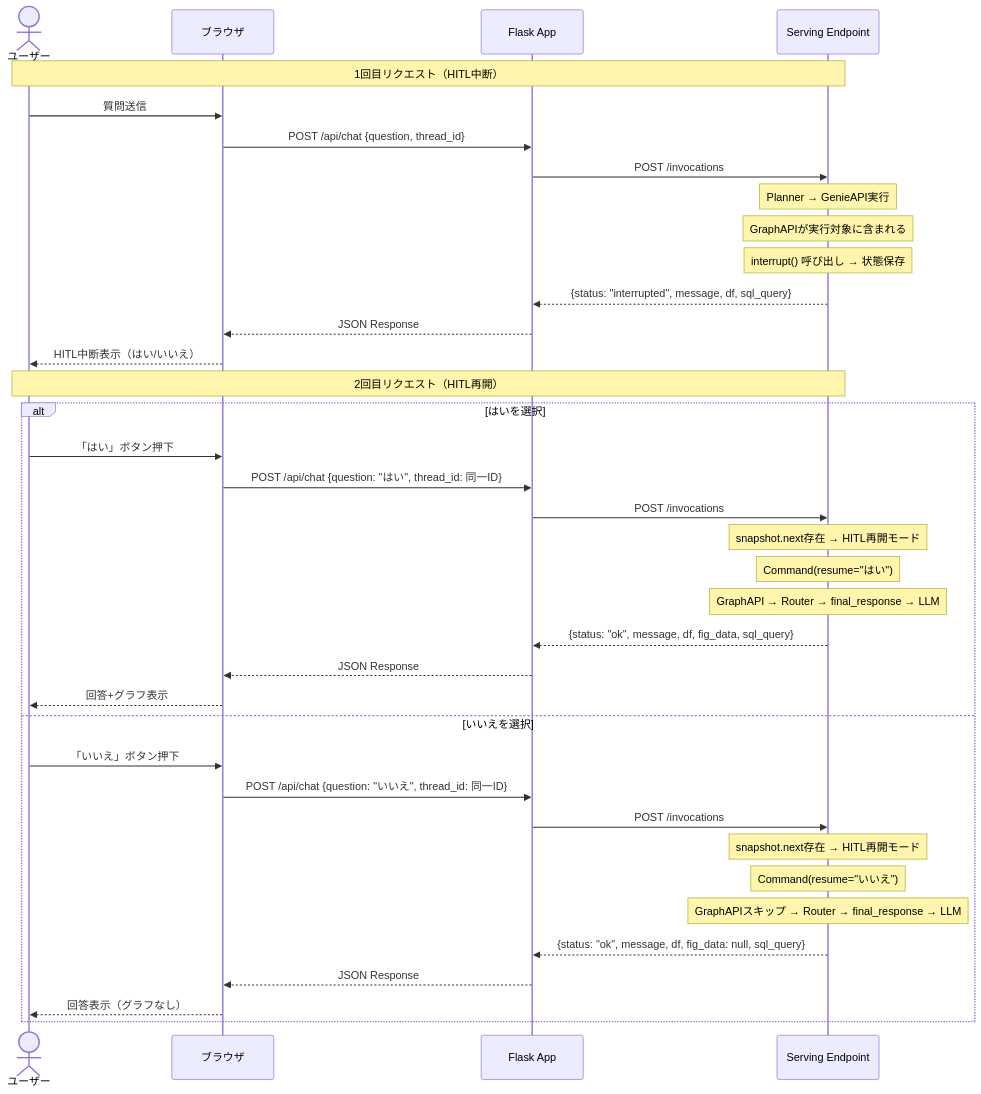
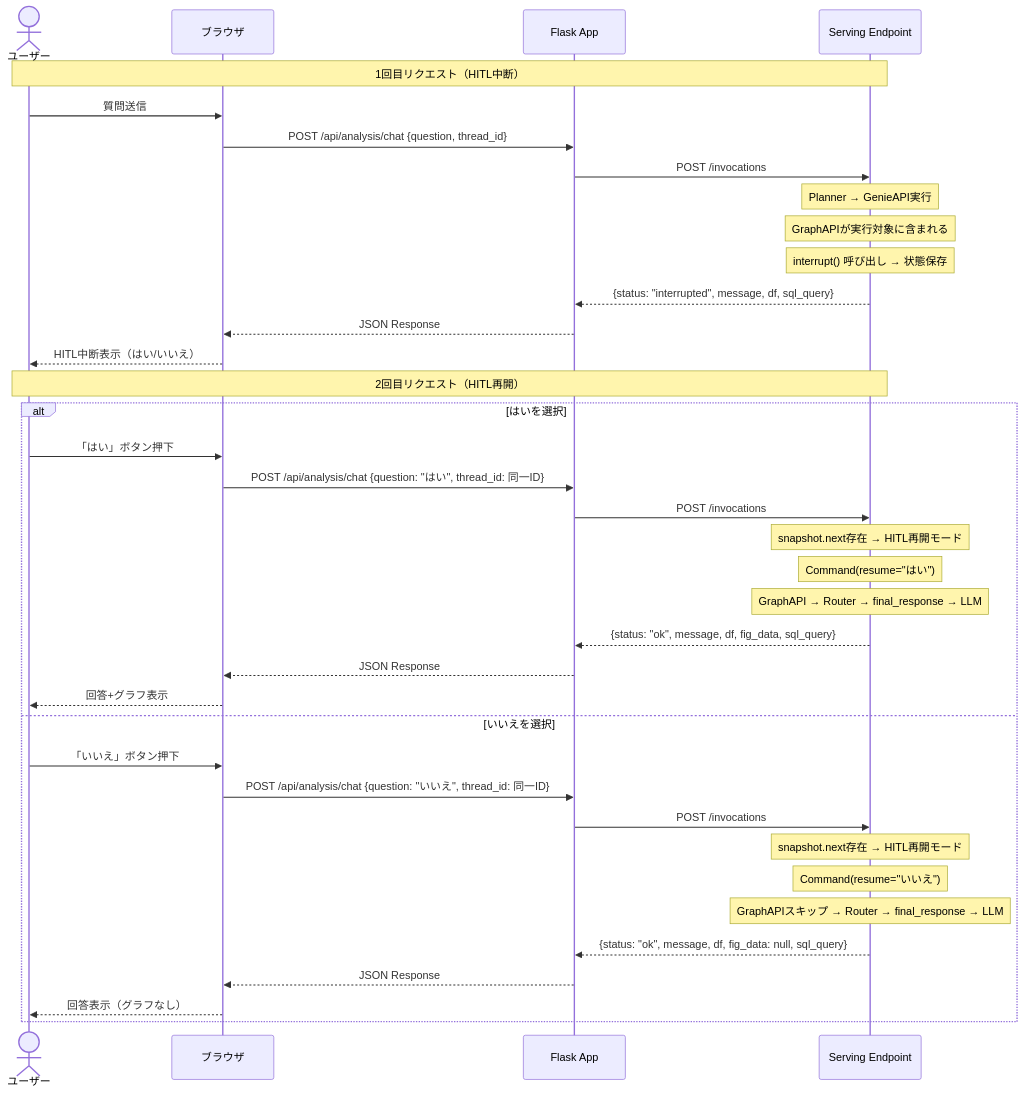
One commit to NSW-SVCP-AIWG002/Databricks-IoT changed the seventh of 8 diagrams in docs/03-features/flask-app/conversational-ai-chat/workflow-specification.md. Above: the diagram before and after it, drawn with Mermaid. The commit also changed other lines of this file and 16 other files, not shown here.

````diff
--- a/docs/03-features/flask-app/conversational-ai-chat/workflow-specification.md
+++ b/docs/03-features/flask-app/conversational-ai-chat/workflow-specification.md
@@ -1004,44 +1004,44 @@
 ```mermaid
 sequenceDiagram
     actor ユーザー
     participant Browser as ブラウザ
     participant Flask as Flask App
     participant Endpoint as Serving Endpoint
 
     Note over ユーザー,Endpoint: 1回目リクエスト（HITL中断）
     ユーザー->>Browser: 質問送信
-    Browser->>Flask: POST /api/chat {question, thread_id}
+    Browser->>Flask: POST /api/analysis/chat {question, thread_id}
     Flask->>Endpoint: POST /invocations
 
     Note over Endpoint: Planner → GenieAPI実行
     Note over Endpoint: GraphAPIが実行対象に含まれる
     Note over Endpoint: interrupt() 呼び出し → 状態保存
 
     Endpoint-->>Flask: {status: "interrupted", message, df, sql_query}
     Flask-->>Browser: JSON Response
     Browser-->>ユーザー: HITL中断表示（はい/いいえ）
 
     Note over ユーザー,Endpoint: 2回目リクエスト（HITL再開）
 
     alt はいを選択
         ユーザー->>Browser: 「はい」ボタン押下
-        Browser->>Flask: POST /api/chat {question: "はい", thread_id: 同一ID}
+        Browser->>Flask: POST /api/analysis/chat {question: "はい", thread_id: 同一ID}
         Flask->>Endpoint: POST /invocations
         Note over Endpoint: snapshot.next存在 → HITL再開モード
         Note over Endpoint: Command(resume="はい")
         Note over Endpoint: GraphAPI → Router → final_response → LLM
         Endpoint-->>Flask: {status: "ok", message, df, fig_data, sql_query}
         Flask-->>Browser: JSON Response
         Browser-->>ユーザー: 回答+グラフ表示
     else いいえを選択
         ユーザー->>Browser: 「いいえ」ボタン押下
-        Browser->>Flask: POST /api/chat {question: "いいえ", thread_id: 同一ID}
+        Browser->>Flask: POST /api/analysis/chat {question: "いいえ", thread_id: 同一ID}
         Flask->>Endpoint: POST /invocations
         Note over Endpoint: snapshot.next存在 → HITL再開モード
         Note over Endpoint: Command(resume="いいえ")
         Note over Endpoint: GraphAPIスキップ → Router → final_response → LLM
         Endpoint-->>Flask: {status: "ok", message, df, fig_data: null, sql_query}
         Flask-->>Browser: JSON Response
         Browser-->>ユーザー: 回答表示（グラフなし）
     end
 ```
````
